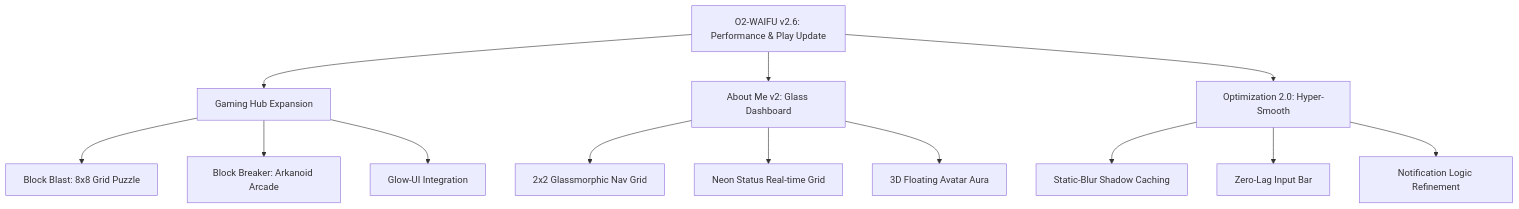
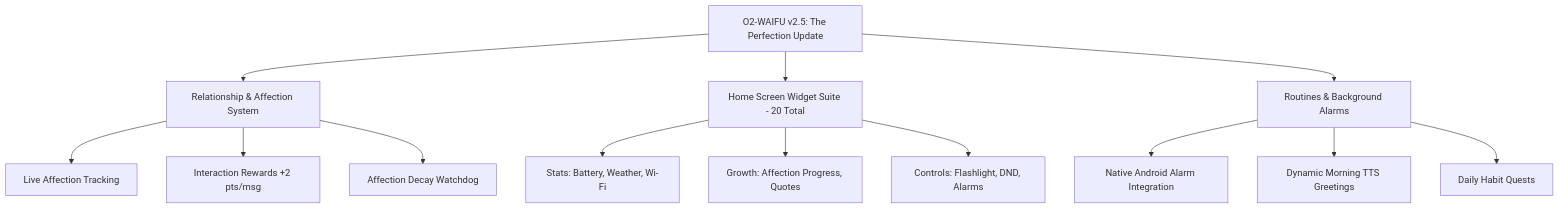
Before and after one commit to Sujit-O2/O2_Anime_Waifu_App: the fourth of 6 diagrams in README.md, drawn with Mermaid. The commit also changed other lines of this file and 124 other files, not shown here.

````diff
--- a/README.md
+++ b/README.md
@@ -278,19 +265,19 @@
 ```mermaid
 graph TD
-    V26[O2-WAIFU v2.6: Performance & Play Update]
+    V25[O2-WAIFU v2.5: The Perfection Update]
     
-    V26 --> GAM[Gaming Hub Expansion]
-    GAM --> GAM1[Block Blast: 8x8 Grid Puzzle]
-    GAM --> GAM2[Block Breaker: Arkanoid Arcade]
-    GAM --> GAM3[Glow-UI Integration]
+    V25 --> REL[Relationship & Affection System]
+    REL --> REL1[Live Affection Tracking]
+    REL --> REL2[Interaction Rewards +2 pts/msg]
+    REL --> REL3[Affection Decay Watchdog]
     
-    V26 --> ABT[About Me v2: Glass Dashboard]
-    ABT --> ABT1[2x2 Glassmorphic Nav Grid]
-    ABT --> ABT2[Neon Status Real-time Grid]
-    ABT --> ABT3[3D Floating Avatar Aura]
+    V25 --> WID[Home Screen Widget Suite - 20 Total]
+    WID --> WID1[Stats: Battery, Weather, Wi-Fi]
+    WID --> WID2[Growth: Affection Progress, Quotes]
+    WID --> WID3[Controls: Flashlight, DND, Alarms]
     
-    V26 --> OPT[Optimization 2.0: Hyper-Smooth]
-    OPT --> OPT1[Static-Blur Shadow Caching]
-    OPT --> OPT2[Zero-Lag Input Bar]
-    OPT --> OPT3[Notification Logic Refinement]
+    V25 --> ROUT[Routines & Background Alarms]
+    ROUT --> ROUT1[Native Android Alarm Integration]
+    ROUT --> ROUT2[Dynamic Morning TTS Greetings]
+    ROUT --> ROUT3[Daily Habit Quests]
 ```
````
